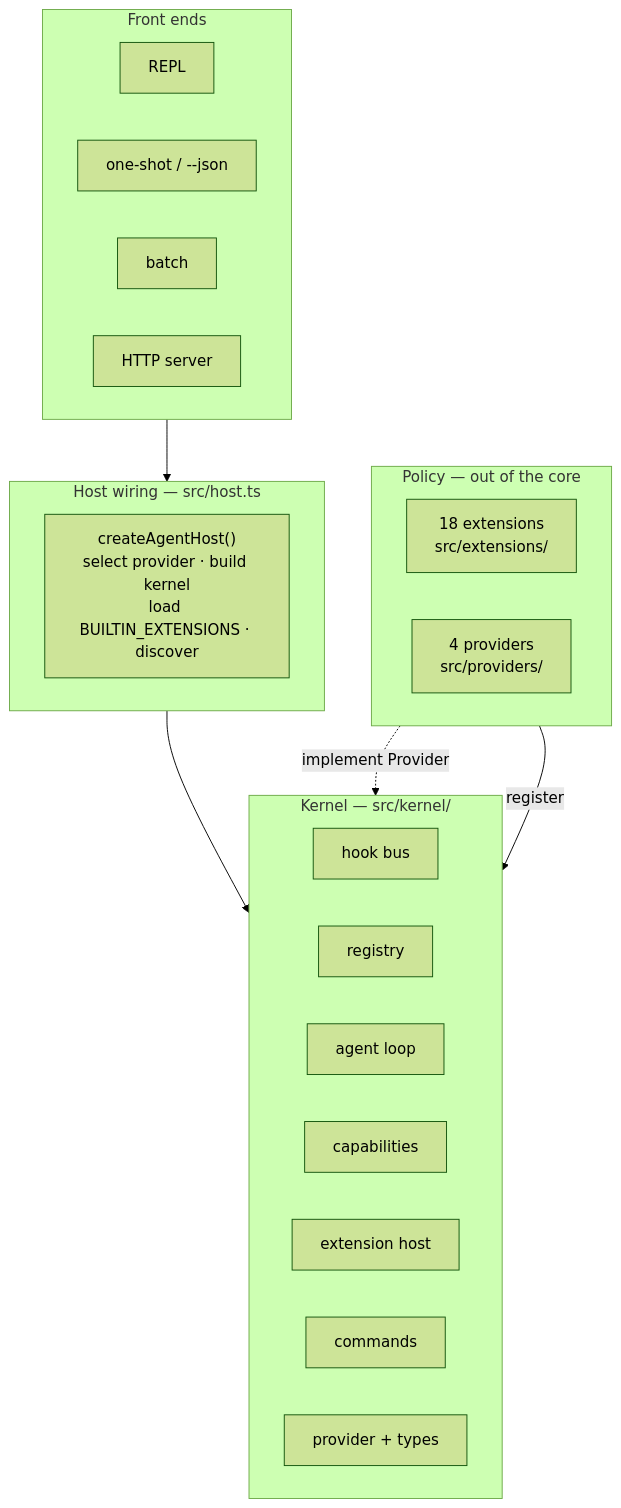
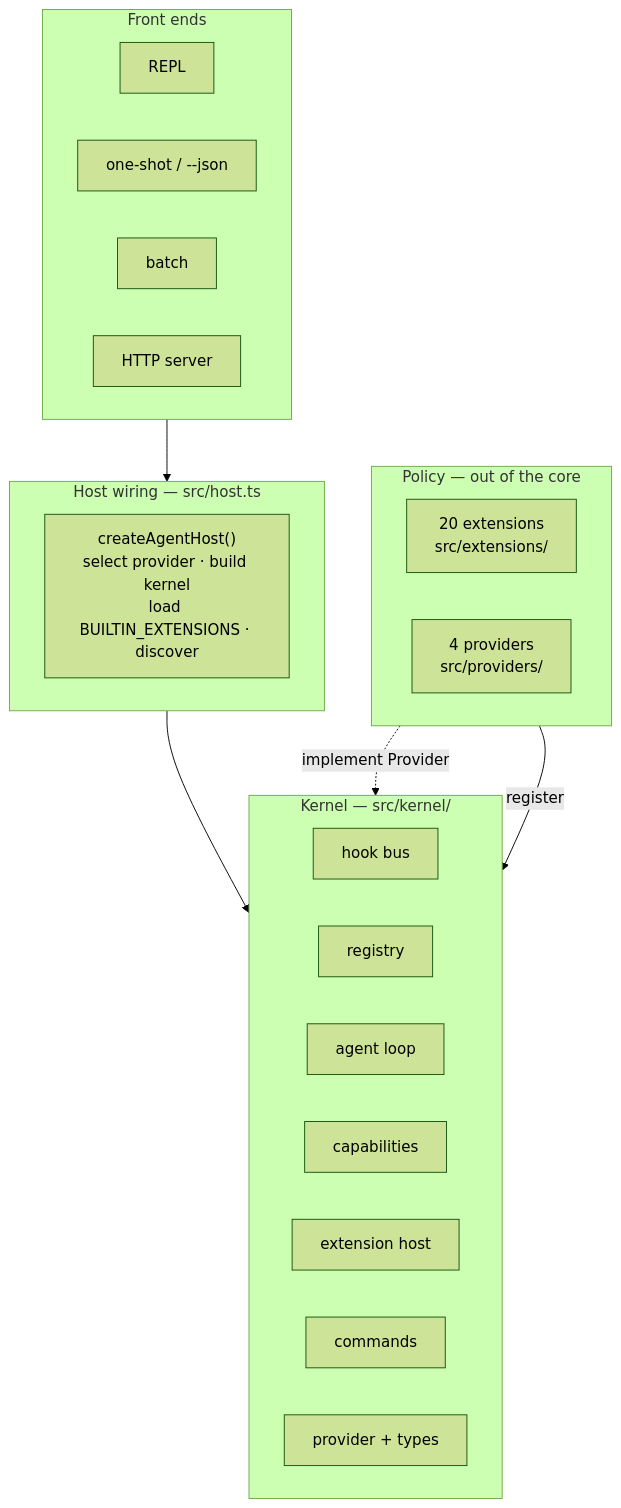
One commit to caohaotiantian/EAgent changed the first of 10 diagrams in ARCHITECTURE.md. Above: the diagram before and after it, drawn with Mermaid (forest theme). The commit also changed other lines of this file and 28 other files, not shown here.

````diff
--- a/ARCHITECTURE.md
+++ b/ARCHITECTURE.md
@@ -27,32 +27,32 @@
 ```mermaid
 flowchart TB
     subgraph L4["Front ends"]
         direction LR
         REPL["REPL"]
         ONE["one-shot / --json"]
         BATCH["batch"]
         HTTP["HTTP server"]
     end
     subgraph L3["Host wiring — src/host.ts"]
         HOST["createAgentHost()<br/>select provider · build kernel<br/>load BUILTIN_EXTENSIONS · discover"]
     end
     subgraph L2["Kernel — src/kernel/"]
         direction LR
         HOOKS["hook bus"]
         REG["registry"]
         LOOP["agent loop"]
         CAPS["capabilities"]
         EXT["extension host"]
         CMD["commands"]
         TYPES["provider + types"]
     end
     subgraph L1["Policy — out of the core"]
         direction LR
-        EXTS["18 extensions<br/>src/extensions/"]
+        EXTS["20 extensions<br/>src/extensions/"]
         PROVS["4 providers<br/>src/providers/"]
     end
 
     L4 --> L3 --> L2
     EXTS -->|register| L2
     PROVS -.->|implement Provider| TYPES
 ```
````
